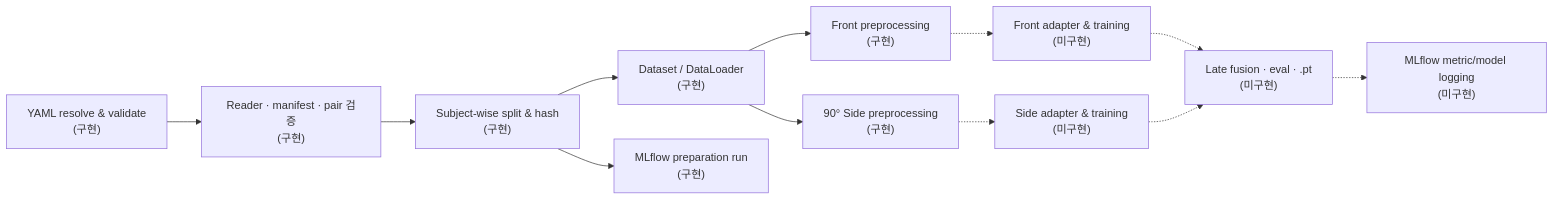
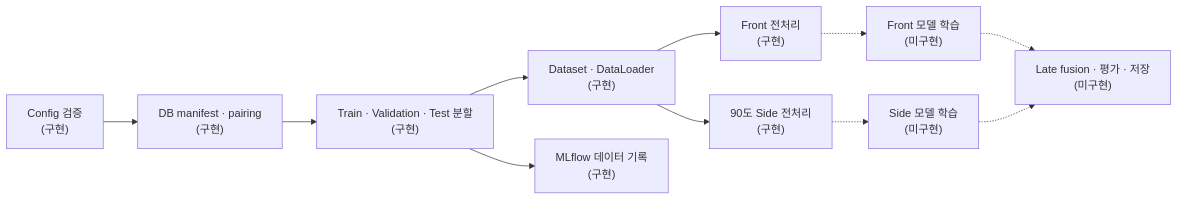
One commit to ggulNote/eye-tracking-ml changed the diagram in README.md. Above: the diagram before and after it, drawn with Mermaid. The commit also changed other lines of this file and 16 other files, not shown here.

````diff
--- a/README.md
+++ b/README.md
@@ -19,14 +9,13 @@
 ```mermaid
 flowchart LR
-    C["YAML resolve & validate<br/>(구현)"] --> M["Reader · manifest · pair 검증<br/>(구현)"]
-    M --> S["Subject-wise split & hash<br/>(구현)"]
-    S --> D["Dataset / DataLoader<br/>(구현)"]
-    S --> R["MLflow preparation run<br/>(구현)"]
-    D --> F["Front preprocessing<br/>(구현)"]
-    D --> P["90° Side preprocessing<br/>(구현)"]
-    F -.-> FA["Front adapter & training<br/>(미구현)"]
-    P -.-> SA["Side adapter & training<br/>(미구현)"]
-    FA -.-> L["Late fusion · eval · .pt<br/>(미구현)"]
-    SA -.-> L
-    L -.-> T["MLflow metric/model logging<br/>(미구현)"]
+    C["Config 검증<br/>(구현)"] --> M["DB manifest · pairing<br/>(구현)"]
+    M --> S["Train · Validation · Test 분할<br/>(구현)"]
+    S --> D["Dataset · DataLoader<br/>(구현)"]
+    S --> R["MLflow 데이터 기록<br/>(구현)"]
+    D --> F["Front 전처리<br/>(구현)"]
+    D --> P["90도 Side 전처리<br/>(구현)"]
+    F -.-> FT["Front 모델 학습<br/>(미구현)"]
+    P -.-> ST["Side 모델 학습<br/>(미구현)"]
+    FT -.-> L["Late fusion · 평가 · 저장<br/>(미구현)"]
+    ST -.-> L
 ```
````
